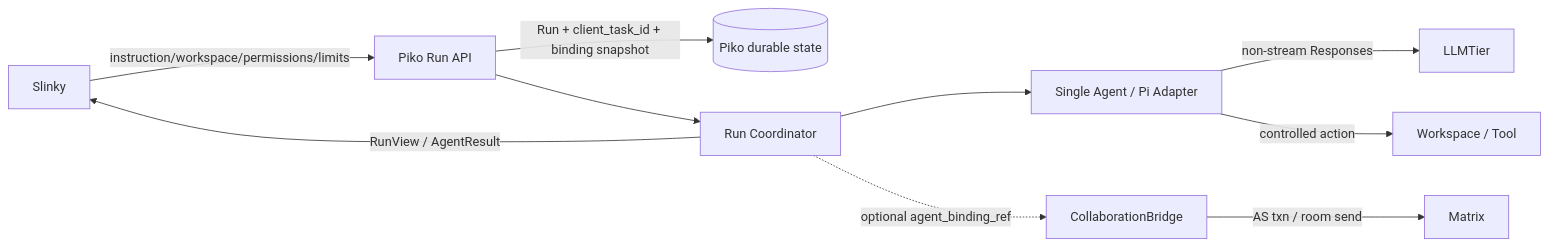
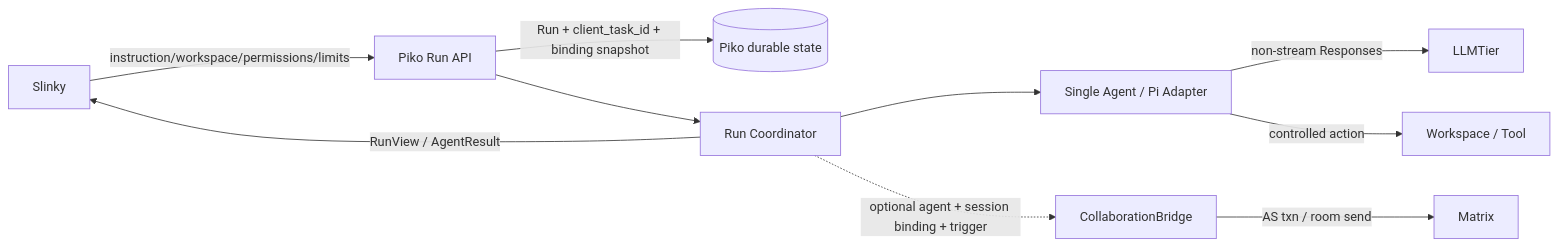
The first of 6 diagrams in docs/20_system_design/piko-agent-runtime-design-v0.3.md (corezilla/piko), drawn with Mermaid before and after one commit. The commit also changed other lines of this file and 23 other files, not shown here.

````diff
--- a/docs/20_system_design/piko-agent-runtime-design-v0.3.md
+++ b/docs/20_system_design/piko-agent-runtime-design-v0.3.md
@@ -133,12 +134,12 @@
 ```mermaid
 flowchart LR
     S[Slinky] -->|instruction/workspace/permissions/limits| A[Piko Run API]
     A -->|Run + client_task_id + binding snapshot| D[(Piko durable state)]
     A --> R[Run Coordinator]
     R --> P[Single Agent / Pi Adapter]
     P -->|non-stream Responses| L[LLMTier]
     P -->|controlled action| W[Workspace / Tool]
-    R -.->|optional agent_binding_ref| C[CollaborationBridge]
+    R -.->|optional agent + session binding + trigger| C[CollaborationBridge]
     C -->|AS txn / room send| M[Matrix]
     R -->|RunView / AgentResult| S
 ```
````
